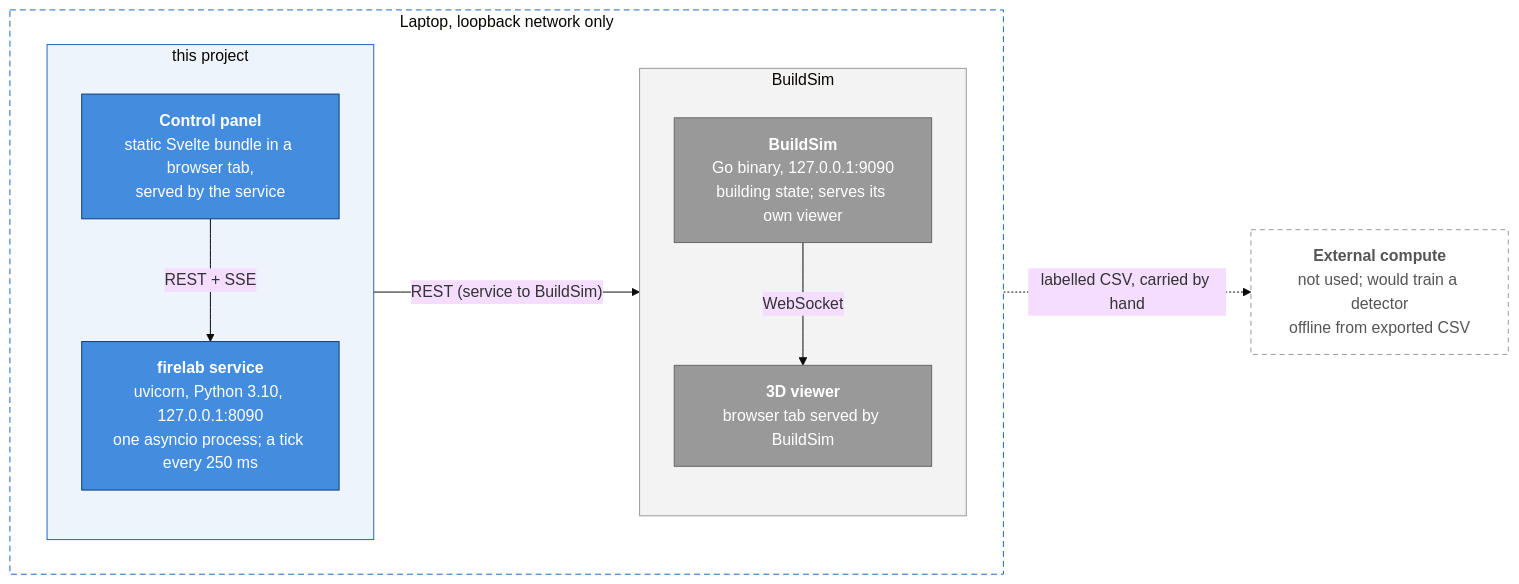
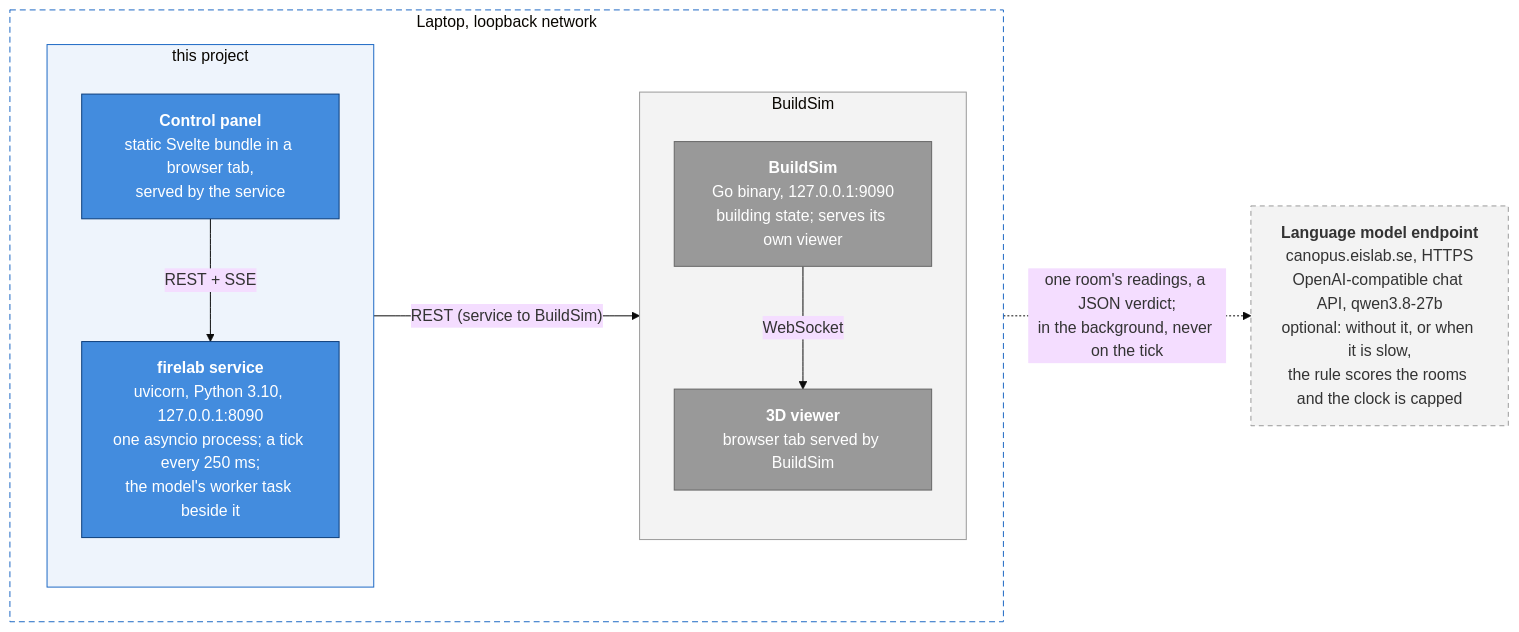
The diagram in firelab/Embedded_Intelligence_at_the_edge_Project_Proposal/images/deploy.mmd (Ekpenyong-Esu/BuildSim-FireDetection), drawn with Mermaid (base theme) before and after one commit. The commit also changed 37 other files, not shown here.

```diff
--- a/firelab/Embedded_Intelligence_at_the_edge_Project_Proposal/images/deploy.mmd
+++ b/firelab/Embedded_Intelligence_at_the_edge_Project_Proposal/images/deploy.mmd
@@ -1,29 +1,29 @@
-%% Deployment view: two processes, two tabs, loopback only
+%% Deployment view: two processes, two tabs, loopback only; one optional call out
 flowchart LR
-  subgraph LAPTOP["Laptop, loopback network only"]
+  subgraph LAPTOP["Laptop, loopback network"]
     direction LR
     subgraph FIRE["this project"]
       direction TB
       PANEL["<b>Control panel</b><br/>static Svelte bundle in a browser tab,<br/>served by the service"]
-      SVC["<b>firelab service</b><br/>uvicorn, Python 3.10, 127.0.0.1:8090<br/>one asyncio process; a tick every 250 ms"]
+      SVC["<b>firelab service</b><br/>uvicorn, Python 3.10, 127.0.0.1:8090<br/>one asyncio process; a tick every 250 ms;<br/>the model's worker task beside it"]
       PANEL -- "REST + SSE" --> SVC
     end
     subgraph BSIDE["BuildSim"]
       direction TB
       BS["<b>BuildSim</b><br/>Go binary, 127.0.0.1:9090<br/>building state; serves its own viewer"]
       VIEWER["<b>3D viewer</b><br/>browser tab served by BuildSim"]
       BS -- WebSocket --> VIEWER
     end
     FIRE -- "REST (service to BuildSim)" --> BSIDE
   end
-  CLOUD["<b>External compute</b><br/>not used; would train a detector<br/>offline from exported CSV"]
-  LAPTOP -. "labelled CSV, carried by hand" .-> CLOUD
+  LLM["<b>Language model endpoint</b><br/>canopus.eislab.se, HTTPS<br/>OpenAI-compatible chat API, qwen3.8-27b<br/>optional: without it, or when it is slow,<br/>the rule scores the rooms and the clock is capped"]
+  SVC -. "one room's readings, a JSON verdict;<br/>in the background, never on the tick" .-> LLM
   classDef cont fill:#438cde,stroke:#0b3d7a,color:#ffffff
   classDef ext fill:#999999,stroke:#666666,color:#ffffff
-  classDef cloud fill:#ffffff,stroke:#999999,stroke-dasharray:5 4,color:#555555
+  classDef cloud fill:#f3f3f3,stroke:#999999,stroke-dasharray:5 4,color:#333333
   class SVC,PANEL cont
   class BS,VIEWER ext
-  class CLOUD cloud
+  class LLM cloud
   style LAPTOP fill:#ffffff,stroke:#1c68c4,stroke-dasharray:6 4
   style FIRE fill:#eef4fc,stroke:#1c68c4
   style BSIDE fill:#f3f3f3,stroke:#999999
```
